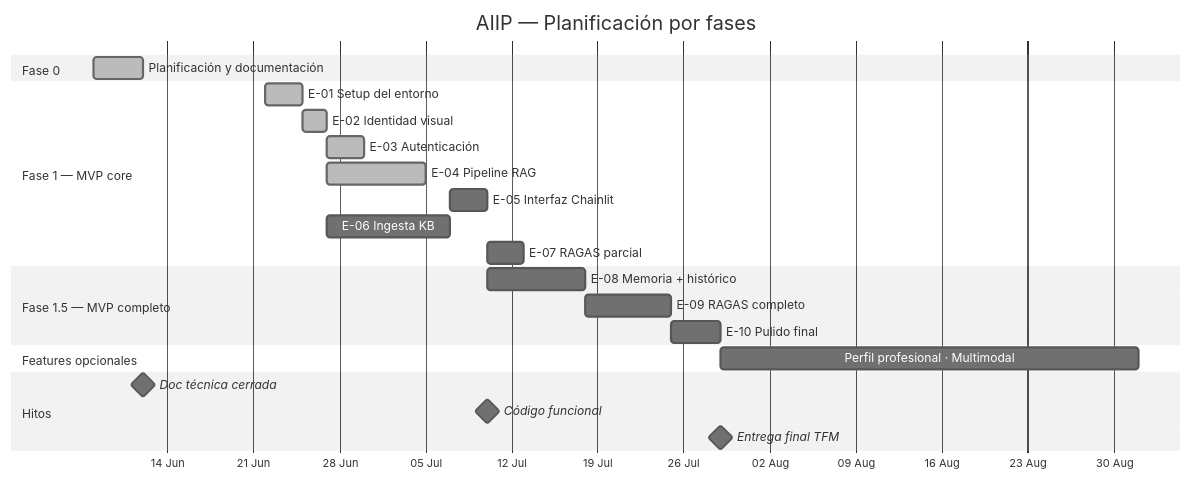
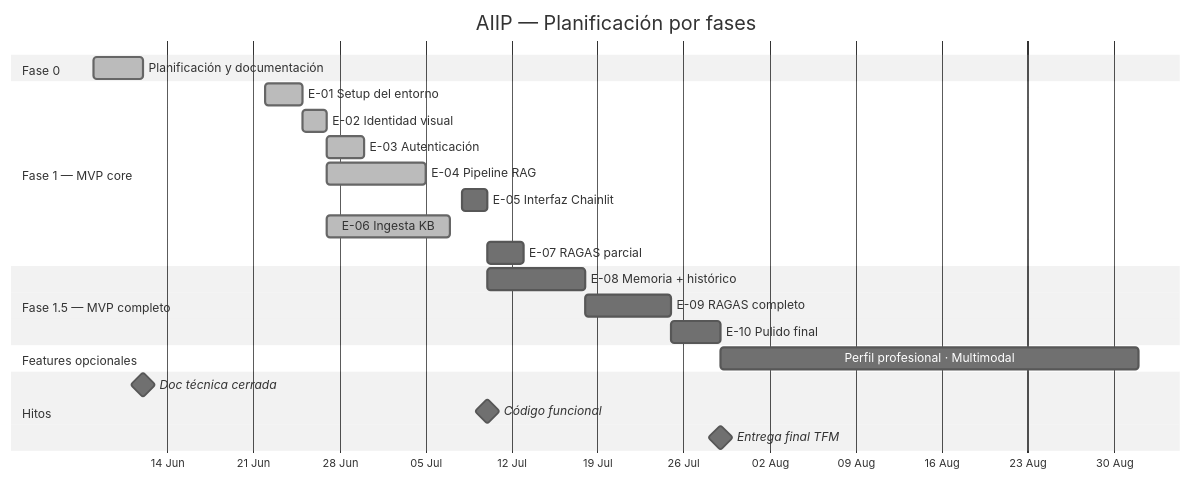
One commit to mimpho/aiip changed the diagram in README.md. Above: the diagram before and after it, drawn with Mermaid (neutral theme). The commit also changed 4 other files, not shown here.

````diff
--- a/README.md
+++ b/README.md
@@ -60,31 +60,31 @@
 ```mermaid
 gantt
     title AIIP — Planificación por fases
     dateFormat  YYYY-MM-DD
     axisFormat  %d %b
 
     section Fase 0
     Planificación y documentación     :done,    f0, 2026-06-08, 2026-06-12
 
     section Fase 1 — MVP core
     E-01 Setup del entorno            :done,    e01, 2026-06-22, 2026-06-25
     E-02 Identidad visual             :done,    e02, 2026-06-25, 2026-06-27
     E-03 Autenticación                :done,    e03, 2026-06-27, 2026-06-30
     E-04 Pipeline RAG                 :done,    e04, 2026-06-27, 2026-07-05
-    E-05 Interfaz Chainlit            :         e05, 2026-07-07, 2026-07-10
-    E-06 Ingesta KB                   :         e06, 2026-06-27, 2026-07-07
+    E-05 Interfaz Chainlit            :         e05, 2026-07-08, 2026-07-10
+    E-06 Ingesta KB                   :done,    e06, 2026-06-27, 2026-07-07
     E-07 RAGAS parcial                :         e07, 2026-07-10, 2026-07-13
 
     section Fase 1.5 — MVP completo
     E-08 Memoria + histórico          :         e08, 2026-07-10, 2026-07-18
     E-09 RAGAS completo               :         e09, 2026-07-18, 2026-07-25
     E-10 Pulido final                 :         e10, 2026-07-25, 2026-07-29
 
     section Features opcionales
     Perfil profesional · Multimodal   :         fo, 2026-07-29, 2026-09-01
 
     section Hitos
     Doc técnica cerrada               :milestone, 2026-06-12, 0d
     Código funcional                  :milestone, 2026-07-10, 0d
     Entrega final TFM                 :milestone, 2026-07-29, 0d
 ```
````
